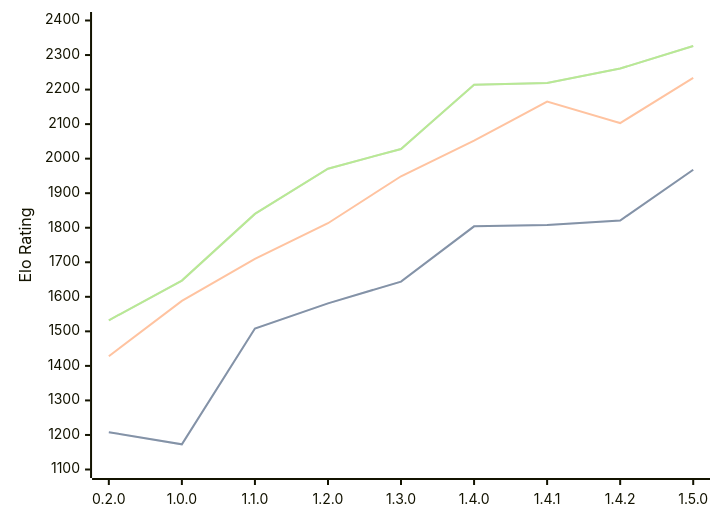
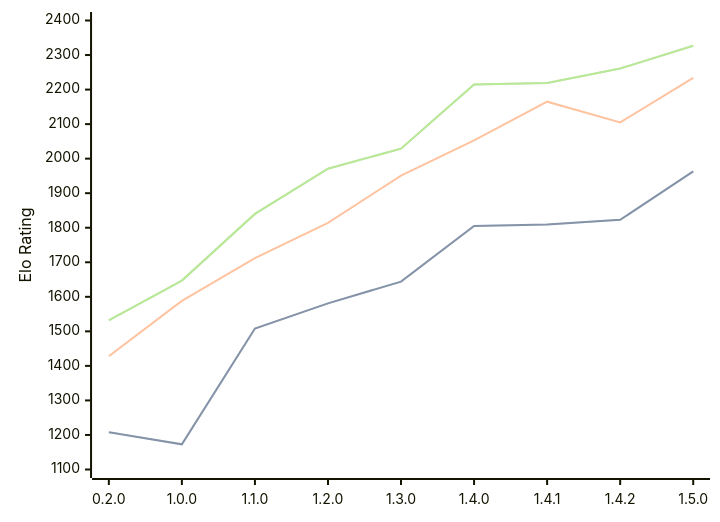
Before and after one commit to computer-chess-index/cci: the diagram in engines/Zeppelin.md, drawn with Mermaid. The commit also changed other lines of this file, not shown here.

Commit message:
Update CCI Ratings (ELO VLTC) - 2026-05-04

````diff
--- a/engines/Zeppelin.md
+++ b/engines/Zeppelin.md
@@ -41,11 +41,11 @@
 ```mermaid
 %%{init: {"theme":"base","themeVariables":{"seriesColors:['#a3a3a3','#222221','#faa371']}}}%%
 xychart-beta
   x-axis ["0.2.0", "1.0.0", "1.1.0", "1.2.0", "1.3.0", "1.4.0", "1.4.1", "1.4.2", "1.5.0"]
   y-axis "Elo Rating" 1100 --> 2400
-  line "STC (8.0+0.08s)" [1208, 1173, 1508, 1581, 1644, 1804, 1808, 1821, 1968]
-  line "STC (8.0+0.08s)" [1208, 1173, 1508, 1581, 1644, 1804, 1808, 1821, 1968]
-  line "LTC (60.0+0.60s)" [1428, 1588, 1710, 1813, 1949, 2052, 2165, 2103, 2234]
-  line "VLTC (2m24s+1.12s)" [1532, 1647, 1840, 1971, 2028, 2214, 2219, 2261, 2326]
-  line "VLTC (2m24s+1.12s)" [1532, 1647, 1840, 1971, 2028, 2214, 2219, 2261, 2326]
+  line "STC (8.0+0.08s)" [1208, 1173, 1508, 1581, 1644, 1805, 1809, 1823, 1963]
+  line "STC (8.0+0.08s)" [1208, 1173, 1508, 1581, 1644, 1805, 1809, 1823, 1963]
+  line "LTC (60.0+0.60s)" [1428, 1588, 1712, 1814, 1951, 2053, 2165, 2105, 2234]
+  line "VLTC (2m24s+1.12s)" [1532, 1647, 1840, 1971, 2029, 2215, 2219, 2261, 2327]
+  line "VLTC (2m24s+1.12s)" [1532, 1647, 1840, 1971, 2029, 2215, 2219, 2261, 2327]
 ```
````
